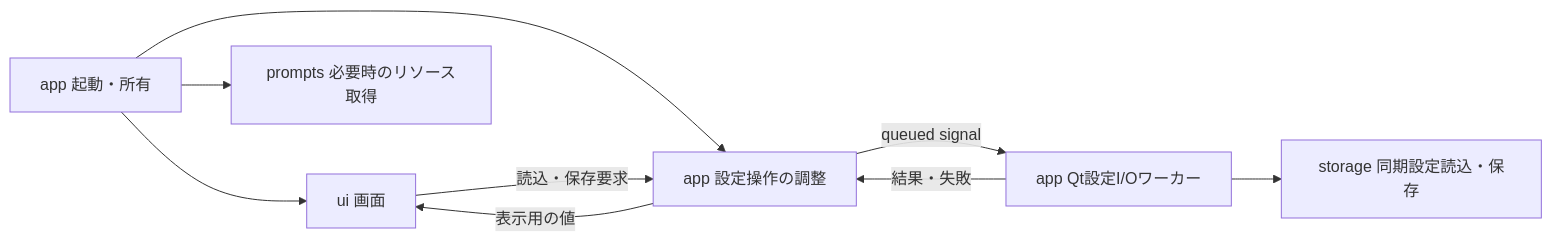
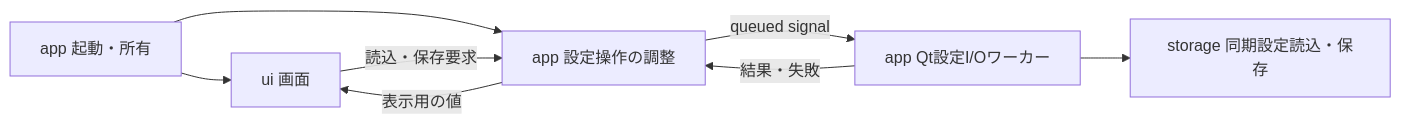
One commit to niart120/Project_Gigas changed the diagram in spec/complete/unit_002/ARCHITECTURE_AND_DEPENDENCIES.md. Above: the diagram before and after it, drawn with Mermaid. The commit also changed other lines of this file and 2 other files, not shown here.

````diff
--- a/spec/complete/unit_002/ARCHITECTURE_AND_DEPENDENCIES.md
+++ b/spec/complete/unit_002/ARCHITECTURE_AND_DEPENDENCIES.md
@@ -35,11 +35,10 @@
 ```mermaid
 flowchart LR
   B[app 起動・所有] --> U[ui 画面]
   B --> C[app 設定操作の調整]
   U -->|読込・保存要求| C
   C -->|queued signal| W[app Qt設定I/Oワーカー]
   W --> S[storage 同期設定読込・保存]
   W -->|結果・失敗| C
   C -->|表示用の値| U
-  B --> P[prompts 必要時のリソース取得]
 ```
````
